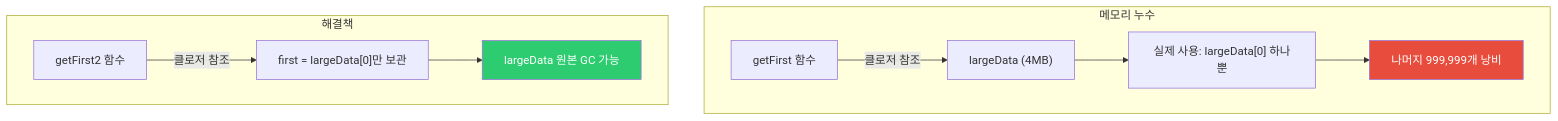
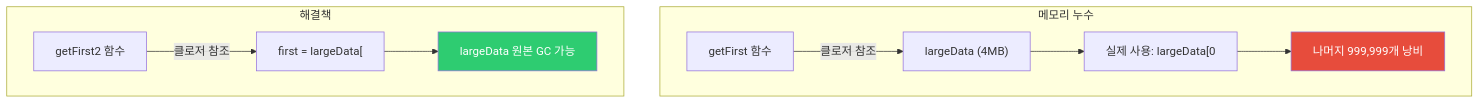
Before and after one commit to yjkim2015/yjkim2015.github.io: the sixth of 8 diagrams in _posts/frontend/2026-05-02-js-closure.md, drawn with Mermaid. The commit also changed other lines of this file and 271 other files, not shown here.

First line of the commit message:
Mermaid 라벨 축소: 긴 노드 텍스트 18자 이하로 트림 + \n 제거

````diff
--- a/_posts/frontend/2026-05-02-js-closure.md
+++ b/_posts/frontend/2026-05-02-js-closure.md
@@ -369,14 +369,14 @@
 ```mermaid
 graph TD
     subgraph "메모리 누수"
         GF["getFirst 함수"] -->|"클로저 참조"| LD["largeData (4MB)"]
-        LD --> D["실제 사용: largeData[0] 하나뿐"]
+        LD --> D["실제 사용: largeData[0"]
         D --> WASTE["나머지 999,999개 낭비"]
     end
     subgraph "해결책"
-        GF2["getFirst2 함수"] -->|"클로저 참조"| FIRST["first = largeData[0]만 보관"]
+        GF2["getFirst2 함수"] -->|"클로저 참조"| FIRST["first = largeData["]
         FIRST --> LD2["largeData 원본 GC 가능"]
     end
     style WASTE fill:#e74c3c,color:#fff
     style LD2 fill:#2ecc71,color:#fff
 ```
````
